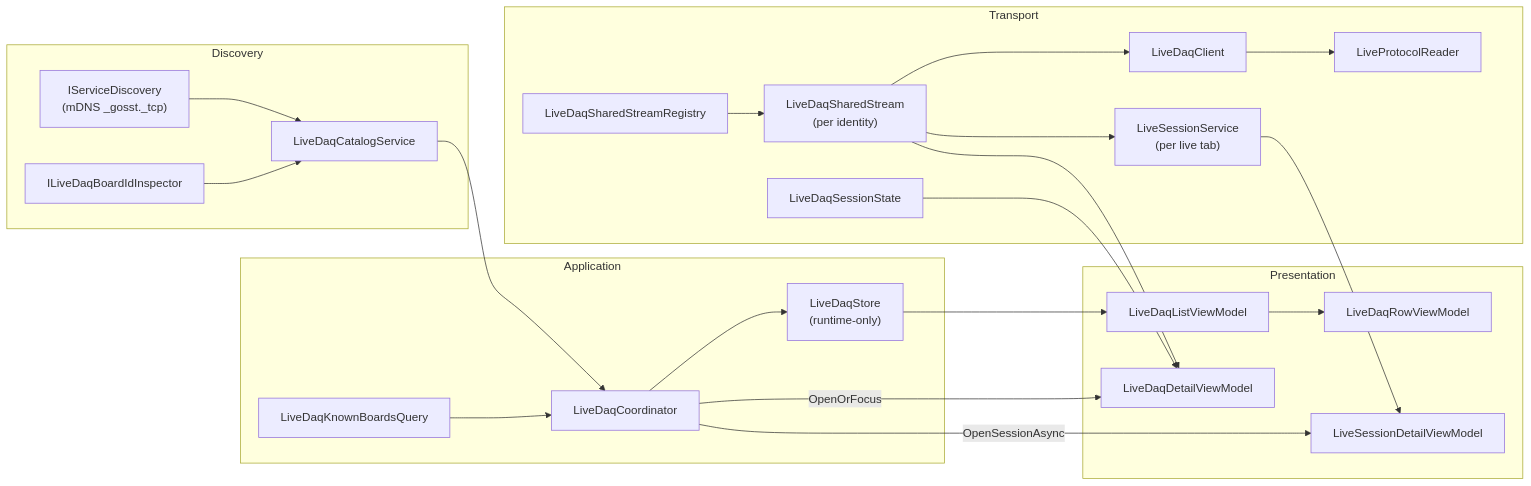
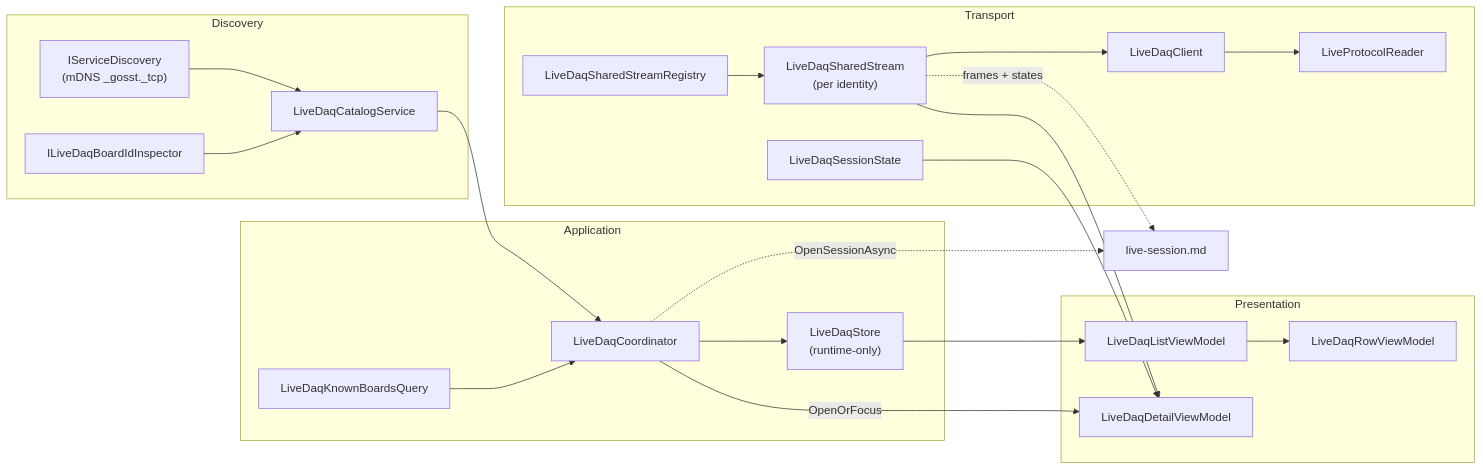
Before and after one commit to MoridinBG/Sufni.app: the diagram in docs/architecture/live-streaming.md, drawn with Mermaid. The commit also changed other lines of this file and 10 other files, not shown here.

````diff
--- a/docs/architecture/live-streaming.md
+++ b/docs/architecture/live-streaming.md
@@ -11,47 +27,44 @@
 ```mermaid
 graph LR
     subgraph Discovery
         mDNS["IServiceDiscovery<br/>(mDNS _gosst._tcp)"]
         Probe["ILiveDaqBoardIdInspector"]
         Catalog["LiveDaqCatalogService"]
     end
 
     subgraph Application
         Query["LiveDaqKnownBoardsQuery"]
         Coord["LiveDaqCoordinator"]
         Store["LiveDaqStore<br/>(runtime-only)"]
     end
 
     subgraph Transport
       Registry["LiveDaqSharedStreamRegistry"]
       Shared["LiveDaqSharedStream<br/>(per identity)"]
       Client["LiveDaqClient"]
         Reader["LiveProtocolReader"]
       Session["LiveDaqSessionState"]
-      LiveService["LiveSessionService<br/>(per live tab)"]
     end
 
     subgraph Presentation
         ListVM["LiveDaqListViewModel"]
         RowVM["LiveDaqRowViewModel"]
         DetailVM["LiveDaqDetailViewModel"]
-      LiveDetailVM["LiveSessionDetailViewModel"]
     end
 
     mDNS --> Catalog
     Probe --> Catalog
     Catalog --> Coord
     Query --> Coord
     Coord --> Store
     Store --> ListVM
     ListVM --> RowVM
     Coord -->|"OpenOrFocus"| DetailVM
-    Coord -->|"OpenSessionAsync"| LiveDetailVM
+    Coord -. "OpenSessionAsync" .-> LiveSession["live-session.md"]
     Registry --> Shared
     Client --> Reader
     Shared --> Client
     Shared --> DetailVM
-    Shared --> LiveService
+    Shared -. "frames + states" .-> LiveSession
     Session --> DetailVM
-    LiveService --> LiveDetailVM
 ```
````
